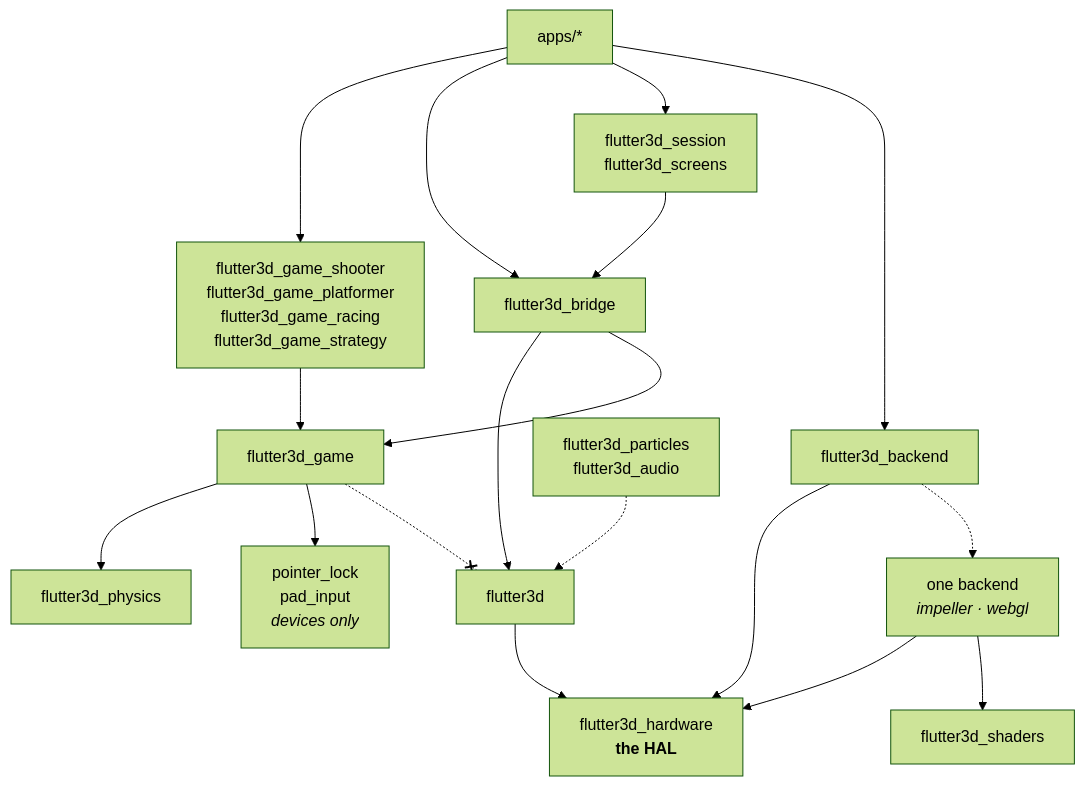
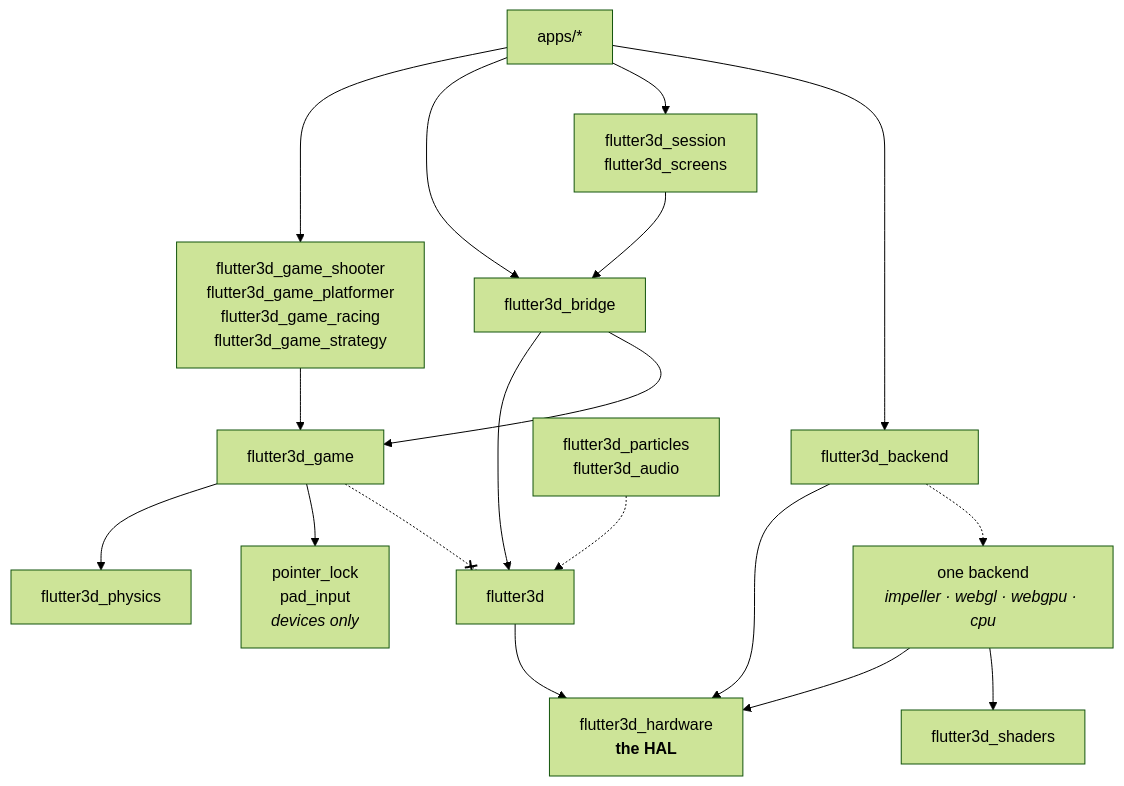
The diagram in site/content/reference/packages.md (pleiondev/flutter3d), drawn with Mermaid (forest theme) before and after one commit. The commit also changed other lines of this file and 13 other files, not shown here.

````diff
--- a/site/content/reference/packages.md
+++ b/site/content/reference/packages.md
@@ -243,22 +252,22 @@
 ```mermaid
 flowchart TB
   apps["apps/*"] --> genres["flutter3d_game_shooter<br>flutter3d_game_platformer<br>flutter3d_game_racing<br>flutter3d_game_strategy"]
   apps --> bridge["flutter3d_bridge"]
   apps --> session["flutter3d_session<br>flutter3d_screens"]
   apps --> picker["flutter3d_backend"]
   picker --> gfx["flutter3d_hardware<br><b>the HAL</b>"]
-  picker -.-> onebackend["one backend<br><i>impeller · webgl</i>"]
+  picker -.-> onebackend["one backend<br><i>impeller · webgl · webgpu · cpu</i>"]
   session --> bridge
   genres --> game["flutter3d_game"]
   bridge --> engine["flutter3d"]
   bridge --> game
   game --> physics["flutter3d_physics"]
   engine --> gfx
   onebackend --> gfx
   onebackend --> shaders["flutter3d_shaders"]
   extras["flutter3d_particles<br>flutter3d_audio"] -.-> engine
   game --> devices["pointer_lock<br>pad_input<br><i>devices only</i>"]
 
   classDef forbidden stroke-dasharray: 4 3
   game -.-x engine
 ```
````
